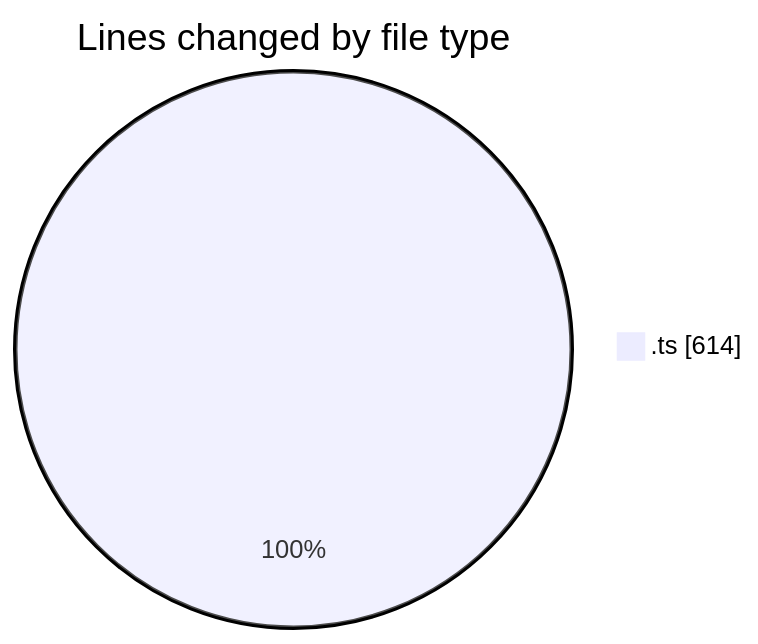
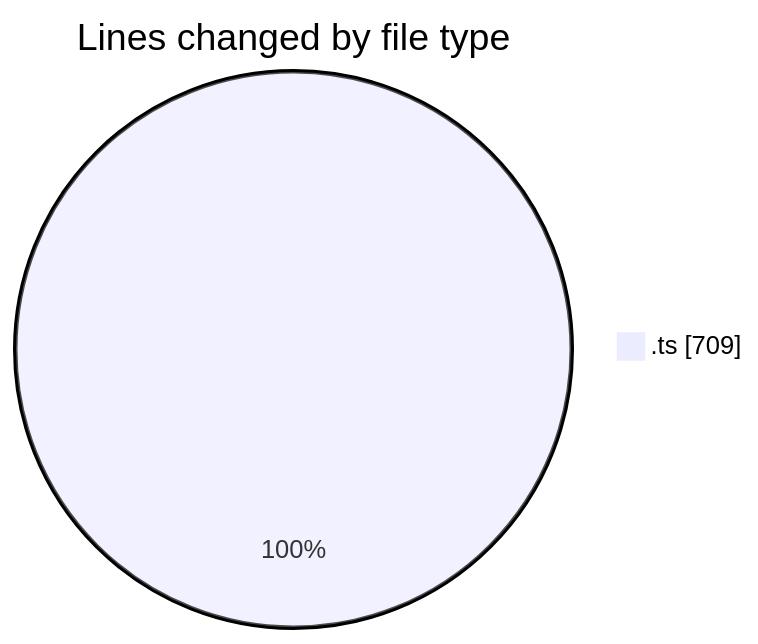
The first of 2 diagrams in 2026-02-09/singularitybrainai/README.md (tmsrecording-cyber/code-tracking), drawn with Mermaid before and after one commit. The commit also changed other lines of this file and 1 other file, not shown here.

````diff
--- a/2026-02-09/singularitybrainai/README.md
+++ b/2026-02-09/singularitybrainai/README.md
@@ -23,5 +24,5 @@
 ```mermaid
 pie showData
 title Lines changed by file type
-".ts" : 614
+".ts" : 709
 ```
````
